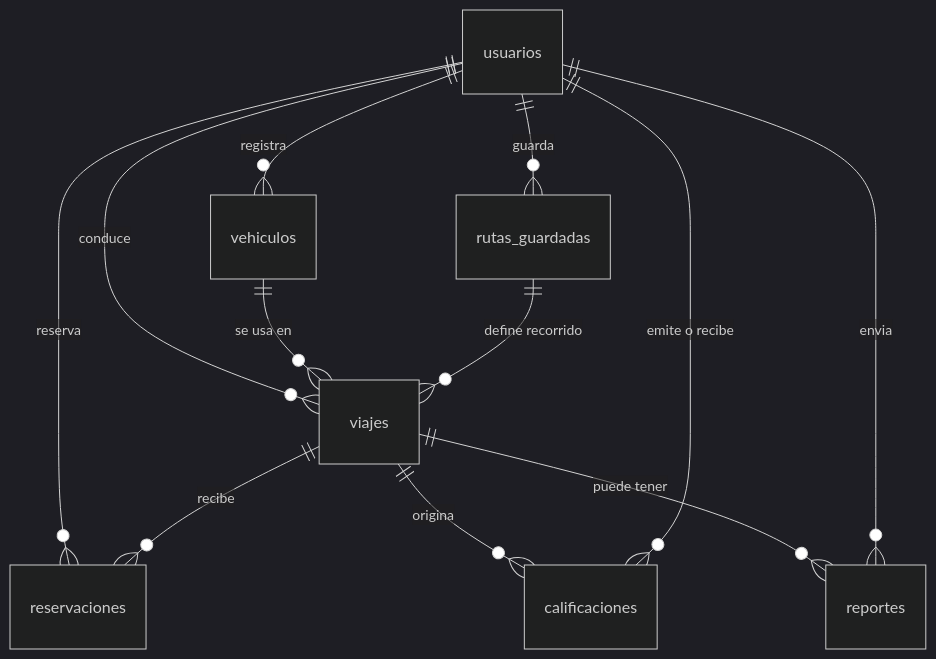
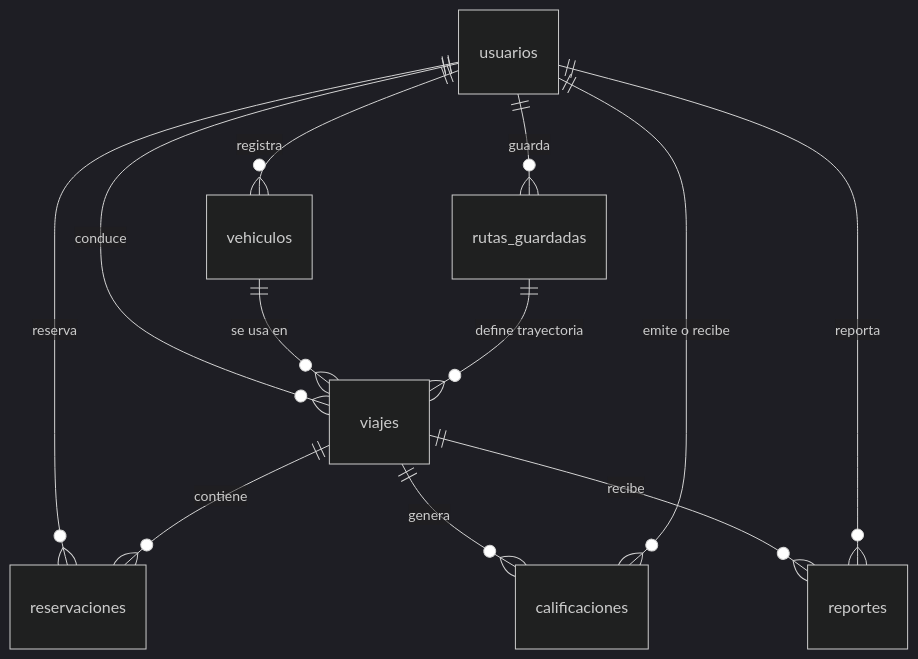
Before and after one commit to MRBONESMX/raity: the diagram in DOCUMENTACION.md, drawn with Mermaid (dark theme). The commit also changed other lines of this file and 15 other files, not shown here.

````diff
--- a/DOCUMENTACION.md
+++ b/DOCUMENTACION.md
@@ -107,14 +130,14 @@
 ```mermaid
 erDiagram
     usuarios ||--o{ vehiculos : "registra"
     usuarios ||--o{ rutas_guardadas : "guarda"
     usuarios ||--o{ viajes : "conduce"
     vehiculos ||--o{ viajes : "se usa en"
-    rutas_guardadas ||--o{ viajes : "define recorrido"
+    rutas_guardadas ||--o{ viajes : "define trayectoria"
     usuarios ||--o{ reservaciones : "reserva"
-    viajes ||--o{ reservaciones : "recibe"
-    viajes ||--o{ calificaciones : "origina"
+    viajes ||--o{ reservaciones : "contiene"
+    viajes ||--o{ calificaciones : "genera"
     usuarios ||--o{ calificaciones : "emite o recibe"
-    viajes ||--o{ reportes : "puede tener"
-    usuarios ||--o{ reportes : "envia"
+    viajes ||--o{ reportes : "recibe"
+    usuarios ||--o{ reportes : "reporta"
 ```
````
